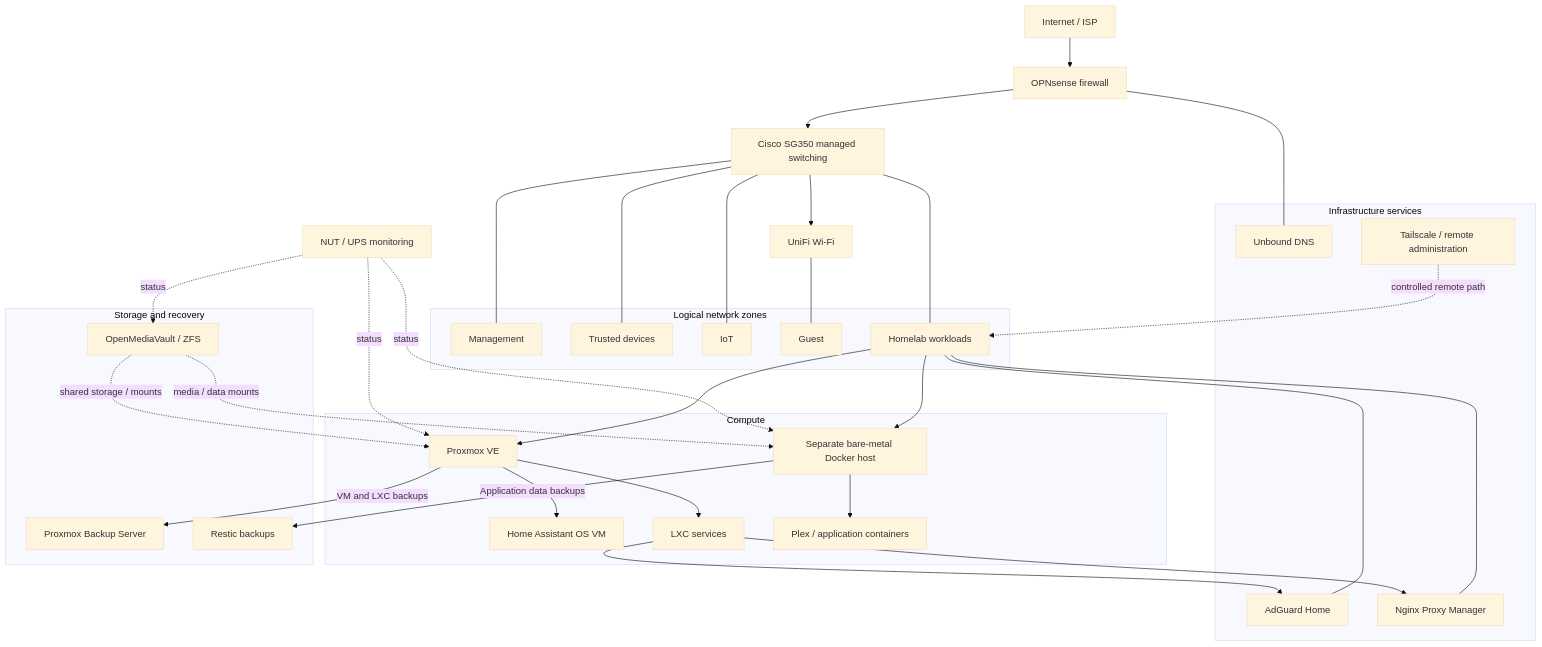
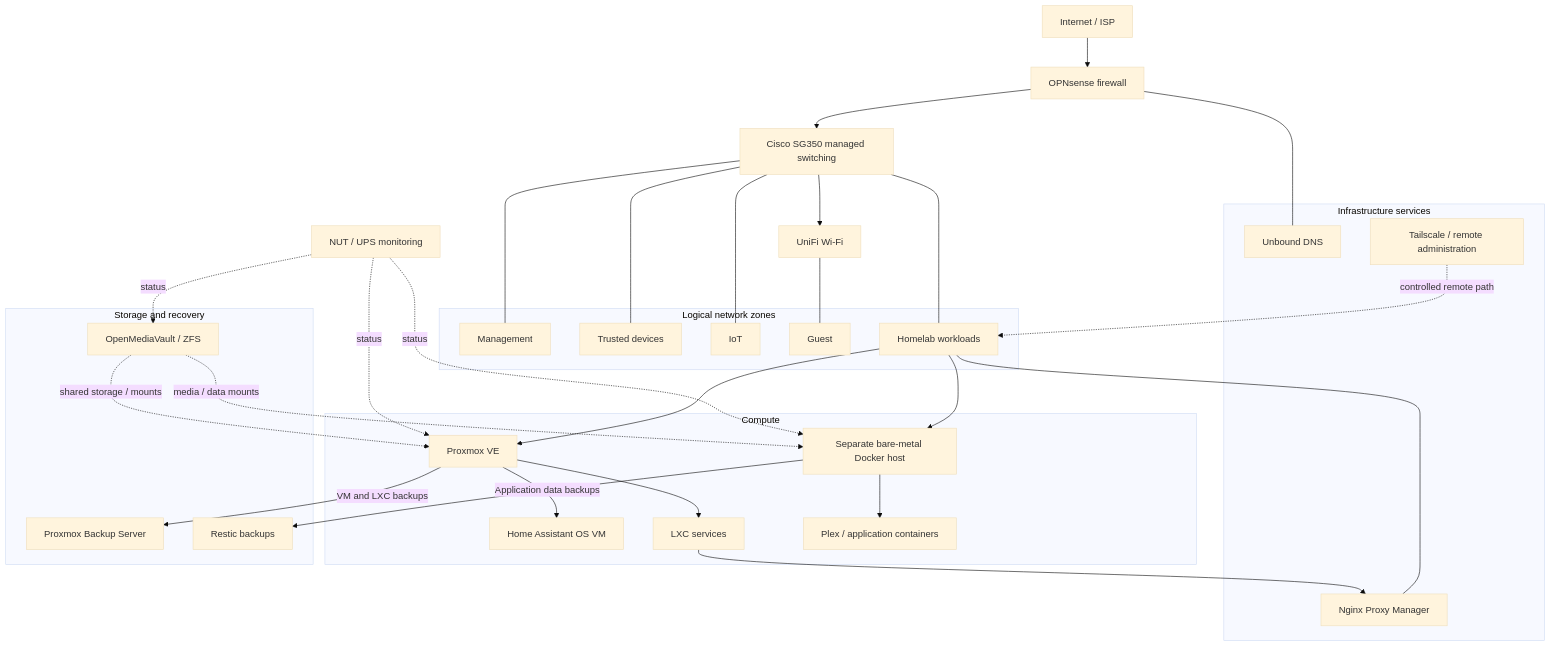
Before and after one commit to Kochilin/infrastructure-projects: the diagram in homelab/architecture.md, drawn with Mermaid (base theme). The commit also changed other lines of this file, not shown here.

Commit message:
Apply verified portfolio wording to homelab/architecture.md

````diff
--- a/homelab/architecture.md
+++ b/homelab/architecture.md
@@ -5,60 +5,57 @@
 ```mermaid
 flowchart TB
   NET[Internet / ISP] --> FW[OPNsense firewall]
   FW --> SW[Cisco SG350 managed switching]
   SW --> AP[UniFi Wi-Fi]
 
   subgraph zones [Logical network zones]
     MGMT[Management]
     TRUST[Trusted devices]
     IOT[IoT]
     GUEST[Guest]
     LAB[Homelab workloads]
   end
 
   SW --- MGMT
   SW --- TRUST
   SW --- IOT
   AP --- GUEST
   SW --- LAB
 
   subgraph infra [Infrastructure services]
     UB[Unbound DNS]
-    AG[AdGuard Home]
     TS[Tailscale / remote administration]
     NPM[Nginx Proxy Manager]
   end
   FW --- UB
-  LAB --- AG
   LAB --- NPM
   TS -. controlled remote path .-> LAB
 
   subgraph compute [Compute]
     PVE[Proxmox VE]
     HA[Home Assistant OS VM]
     LX[LXC services]
     DOCKER[Separate bare-metal Docker host]
     PLEX[Plex / application containers]
   end
   LAB --> PVE
   LAB --> DOCKER
   PVE --> HA
   PVE --> LX
-  LX --> AG
   LX --> NPM
   DOCKER --> PLEX
 
   subgraph recovery [Storage and recovery]
     OMV[OpenMediaVault / ZFS]
     PBS[Proxmox Backup Server]
     RESTIC[Restic backups]
   end
   PVE -->|VM and LXC backups| PBS
   DOCKER -->|Application data backups| RESTIC
   OMV -. shared storage / mounts .-> PVE
   OMV -. media / data mounts .-> DOCKER
 
   UPS[NUT / UPS monitoring] -. status .-> PVE
   UPS -. status .-> DOCKER
   UPS -. status .-> OMV
 ```
````
